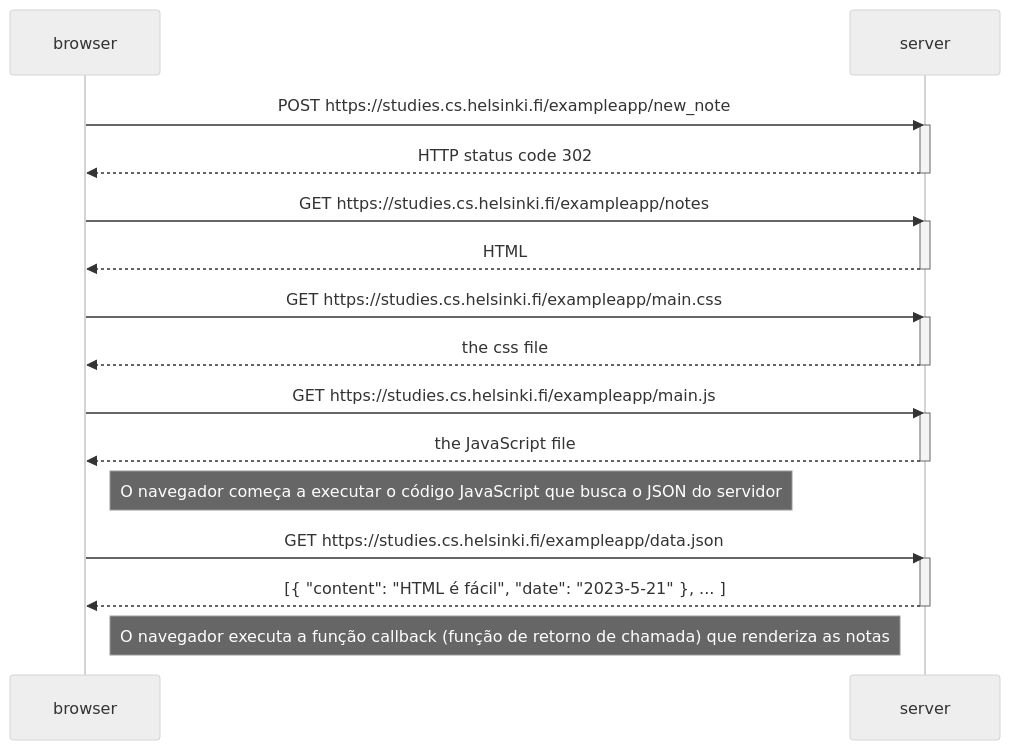
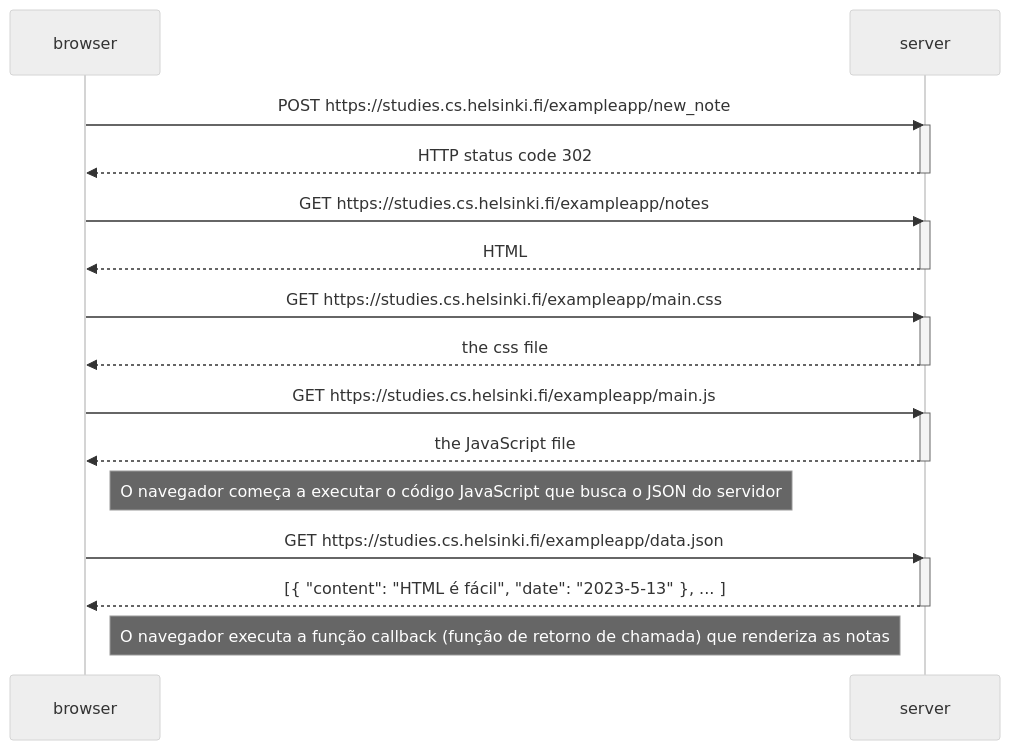
The diagram in part-0/0.4.md (Dizzonauro/fullstackopen-2023), drawn with Mermaid (neutral theme) before and after one commit.

Commit message:
right date

````diff
--- a/part-0/0.4.md
+++ b/part-0/0.4.md
@@ -1,34 +1,34 @@
 ```mermaid
 sequenceDiagram
     participant browser
     participant server
 
     browser->>server: POST https://studies.cs.helsinki.fi/exampleapp/new_note
     activate server
     server-->>browser: HTTP status code 302
     deactivate server
 
     browser->>server: GET https://studies.cs.helsinki.fi/exampleapp/notes
     activate server
     server-->>browser: HTML
     deactivate server
 
     browser->>server: GET https://studies.cs.helsinki.fi/exampleapp/main.css
     activate server
     server-->>browser: the css file
     deactivate server
 
     browser->>server: GET https://studies.cs.helsinki.fi/exampleapp/main.js
     activate server
     server-->>browser: the JavaScript file
     deactivate server
 
     Note right of browser: O navegador começa a executar o código JavaScript que busca o JSON do servidor
 
     browser->>server: GET https://studies.cs.helsinki.fi/exampleapp/data.json
     activate server
-    server-->>browser: [{ "content": "HTML é fácil", "date": "2023-5-21" }, ... ]
+    server-->>browser: [{ "content": "HTML é fácil", "date": "2023-5-13" }, ... ]
     deactivate server
 
     Note right of browser: O navegador executa a função callback (função de retorno de chamada) que renderiza as notas
 ```
````
